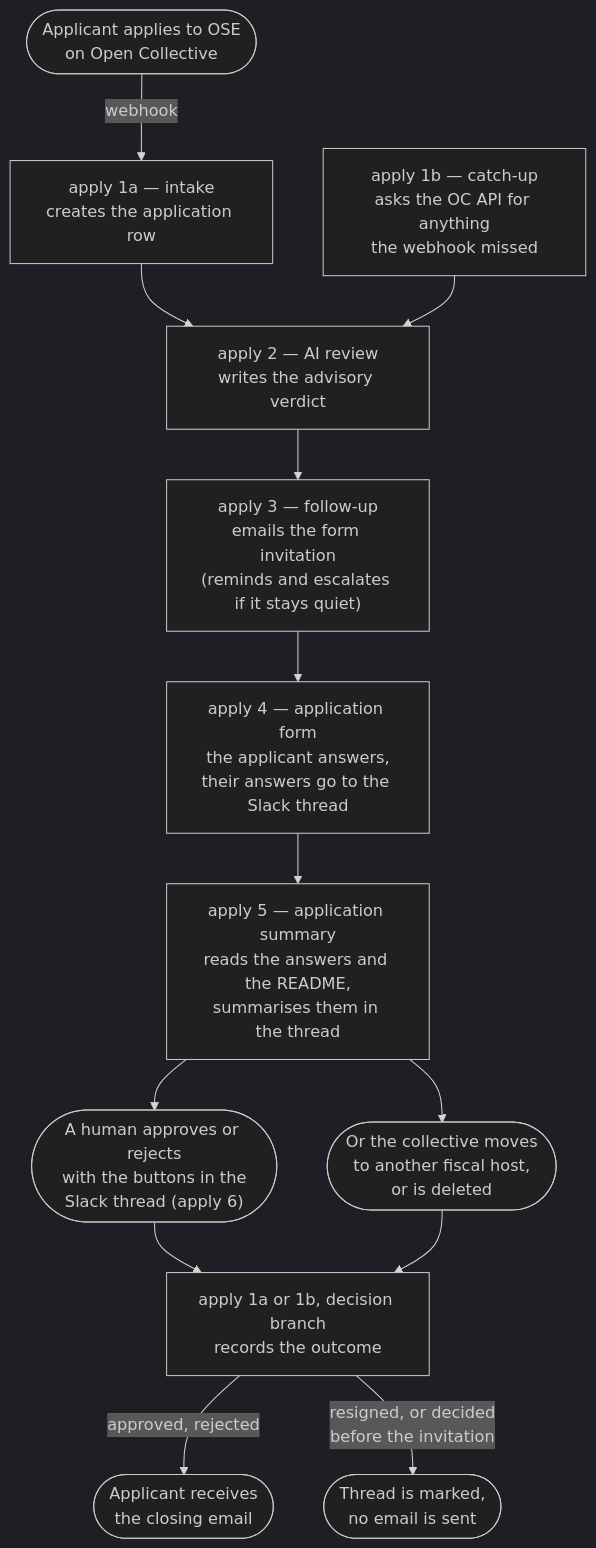
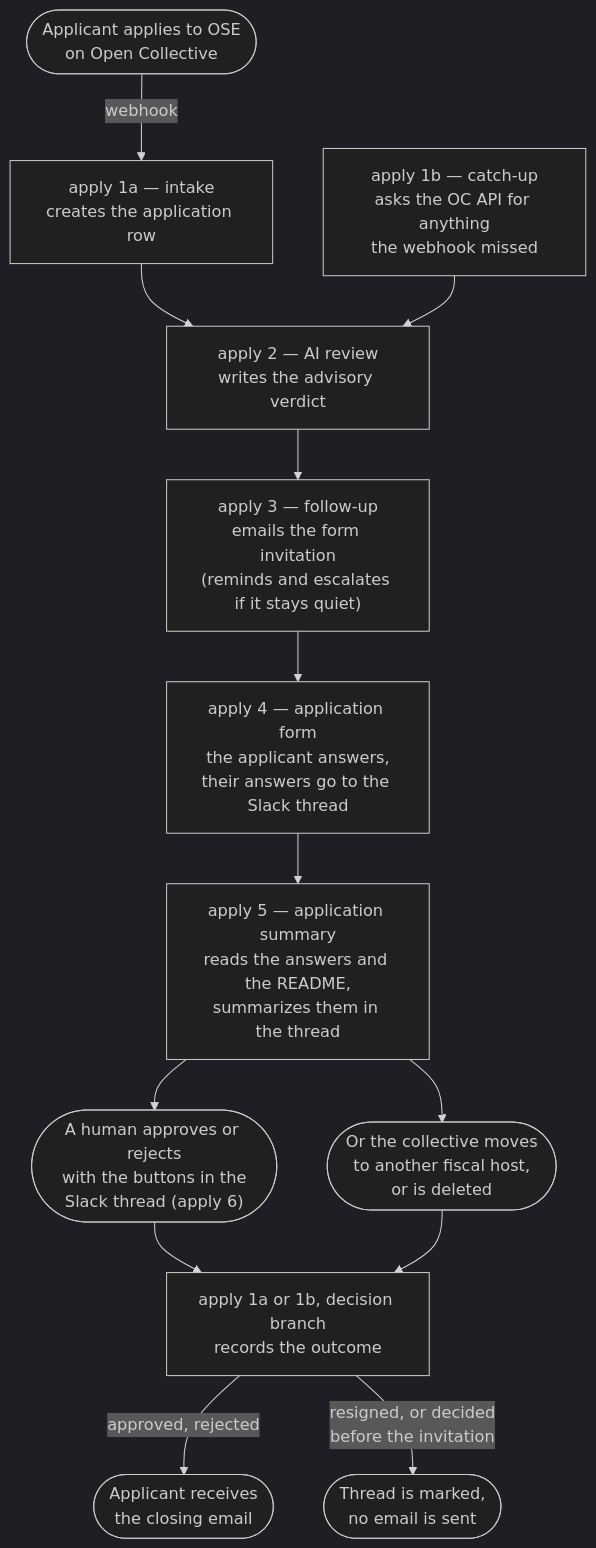
The diagram in automation/README.md (opensourceeurope/community), drawn with Mermaid (dark theme) before and after one commit. The commit also changed other lines of this file and 6 other files, not shown here.

````diff
--- a/automation/README.md
+++ b/automation/README.md
@@ -150,17 +151,17 @@
 ```mermaid
 flowchart TD
     START(["Applicant applies to OSE<br>on Open Collective"])
     START -->|"webhook"| A1a["apply 1a — intake<br>creates the application row"]
     A1b["apply 1b — catch-up<br>asks the OC API for anything<br>the webhook missed"]
     A1a --> A2["apply 2 — AI review<br>writes the advisory verdict"]
     A1b --> A2
     A2 --> A3["apply 3 — follow-up<br>emails the form invitation<br>(reminds and escalates if it stays quiet)"]
     A3 --> A4["apply 4 — application form<br>the applicant answers,<br>their answers go to the Slack thread"]
-    A4 --> A5s["apply 5 — application summary<br>reads the answers and the README,<br>summarises them in the thread"]
+    A4 --> A5s["apply 5 — application summary<br>reads the answers and the README,<br>summarizes them in the thread"]
     A5s --> HUMAN(["A human approves or rejects<br>with the buttons in the<br>Slack thread (apply 6)"])
     A5s --> GONE(["Or the collective moves<br>to another fiscal host,<br>or is deleted"])
     HUMAN --> A5["apply 1a or 1b, decision branch<br>records the outcome"]
     GONE --> A5
     A5 -->|"approved, rejected"| END(["Applicant receives<br>the closing email"])
     A5 -->|"resigned, or decided<br>before the invitation"| MARK(["Thread is marked,<br>no email is sent"])
 ```
````
